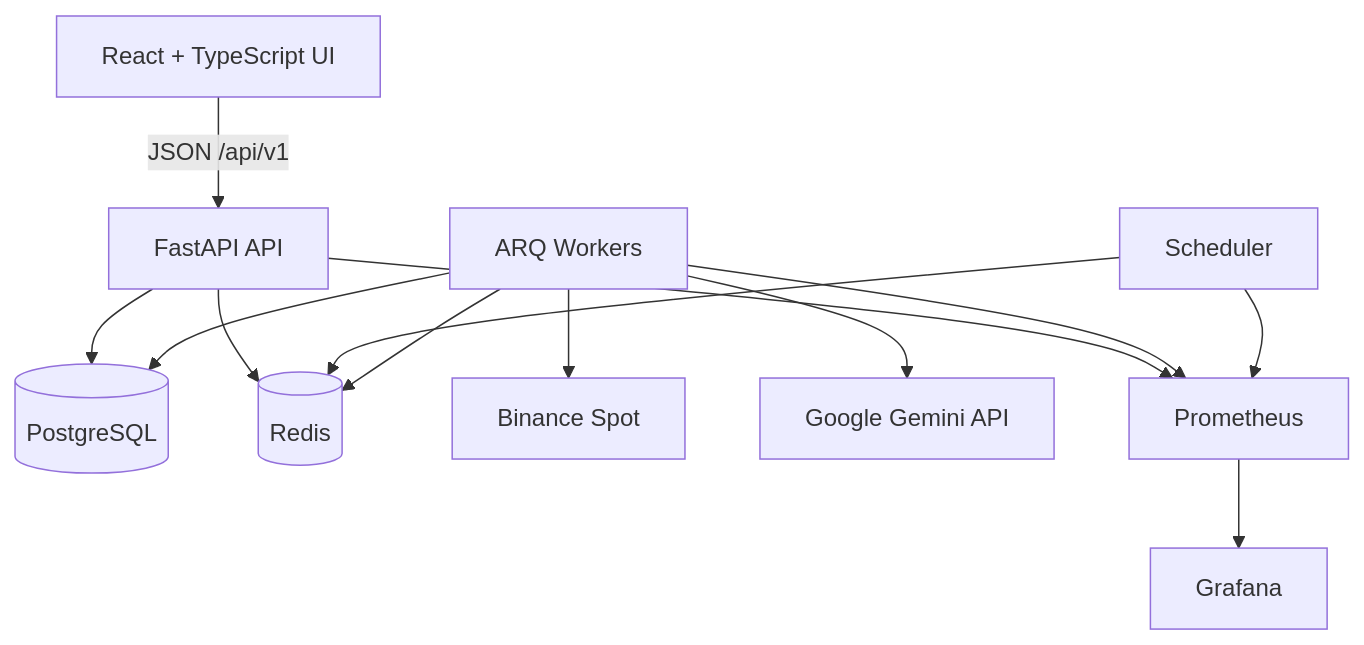
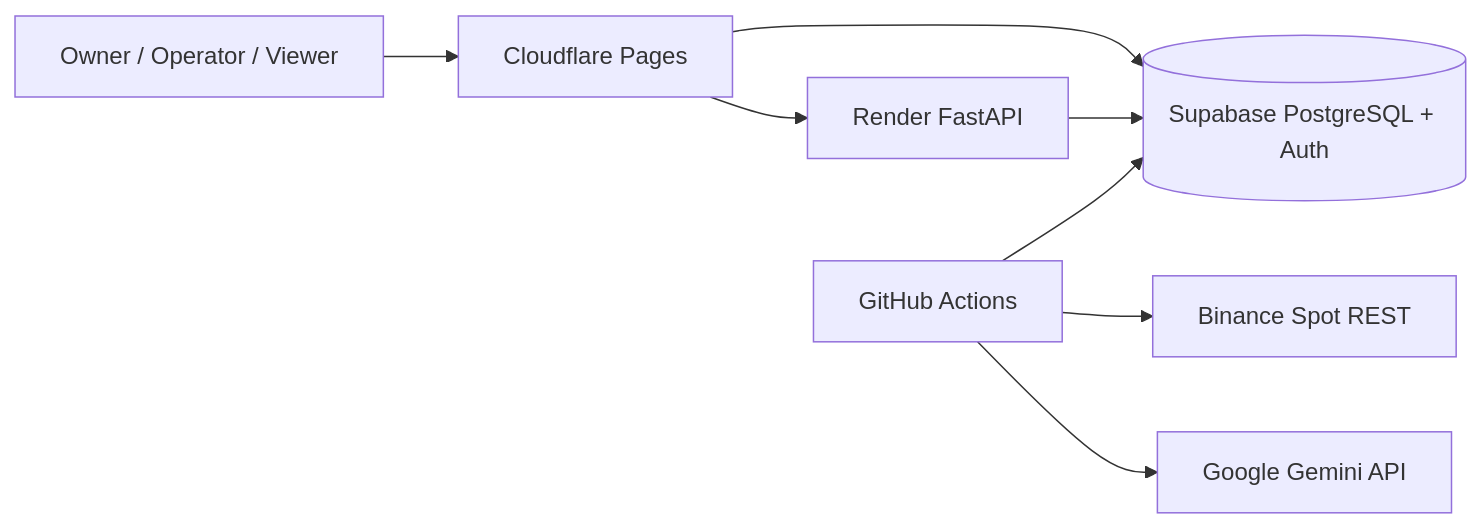
Before and after one commit to pikkst/Ai-trade-bot: the first of 2 diagrams in docs/ARCHITECTURE.md, drawn with Mermaid. The commit also changed other lines of this file, not shown here.

Commit message:
docs: align architecture with zero-cost cloud profile

````diff
--- a/docs/ARCHITECTURE.md
+++ b/docs/ARCHITECTURE.md
@@ -42,26 +23,18 @@
 ```mermaid
-flowchart TB
-    UI[React + TypeScript UI]
-    API[FastAPI API]
-    WORKER[ARQ Workers]
-    SCHED[Scheduler]
-    DB[(PostgreSQL)]
-    REDIS[(Redis)]
-    BINANCE[Binance Spot]
-    GEMINI[Google Gemini API]
-    PROM[Prometheus]
-    GRAFANA[Grafana]
+flowchart LR
+    USER[Owner / Operator / Viewer]
+    CF[Cloudflare Pages]
+    API[Render FastAPI]
+    GH[GitHub Actions]
+    DB[(Supabase PostgreSQL + Auth)]
+    BIN[Binance Spot REST]
+    GEM[Google Gemini API]
 
-    UI -->|JSON /api/v1| API
+    USER --> CF
+    CF --> API
+    CF --> DB
     API --> DB
-    API --> REDIS
-    SCHED --> REDIS
-    WORKER --> REDIS
-    WORKER --> DB
-    WORKER --> BINANCE
-    WORKER --> GEMINI
-    API --> PROM
-    WORKER --> PROM
-    SCHED --> PROM
-    PROM --> GRAFANA
+    GH --> BIN
+    GH --> GEM
+    GH --> DB
 ```
````
